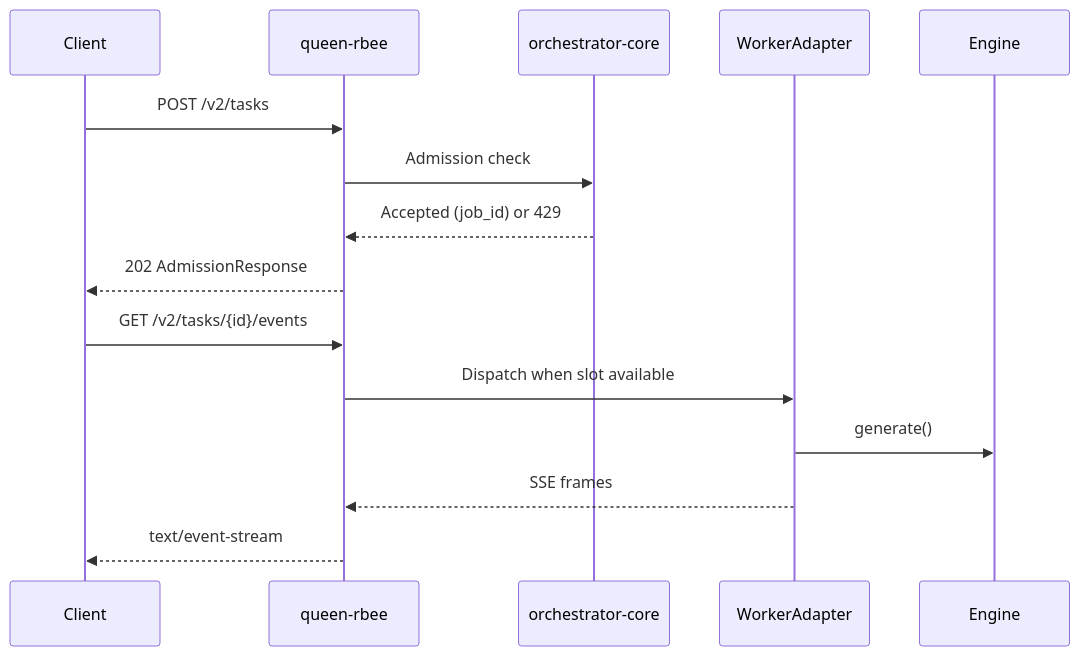
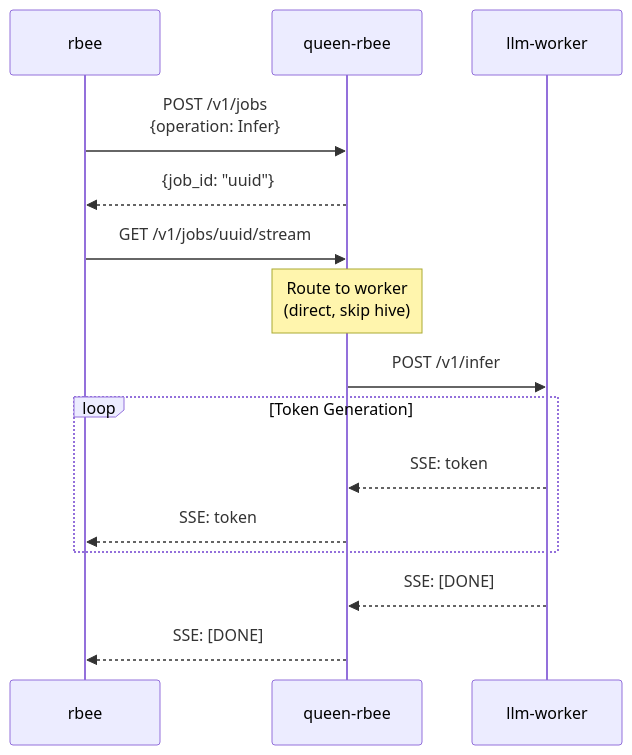
The fifth of 5 diagrams in README.md (veighnsche/llama-orch), drawn with Mermaid before and after one commit. The commit also changed other lines of this file and 4 other files, not shown here.

Commit message:
docs: add direct-to-worker architecture and UI designs for management dashboard

````diff
--- a/README.md
+++ b/README.md
@@ -762,12 +935,23 @@
 ```mermaid
 sequenceDiagram
-  Client->>queen-rbee: POST /v2/tasks
-  queen-rbee->>orchestrator-core: Admission check
-  orchestrator-core-->>queen-rbee: Accepted (job_id) or 429
-  queen-rbee-->>Client: 202 AdmissionResponse
-  Client->>queen-rbee: GET /v2/tasks/{id}/events
-  queen-rbee->>WorkerAdapter: Dispatch when slot available
-  WorkerAdapter->>Engine: generate()
-  WorkerAdapter-->>queen-rbee: SSE frames
-  queen-rbee-->>Client: text/event-stream
+    participant CLI as rbee
+    participant Queen as queen-rbee
+    participant Worker as llm-worker
+    
+    CLI->>Queen: POST /v1/jobs<br/>{operation: Infer}
+    Queen-->>CLI: {job_id: "uuid"}
+    
+    CLI->>Queen: GET /v1/jobs/uuid/stream
+    
+    Note over Queen: Route to worker<br/>(direct, skip hive)
+    
+    Queen->>Worker: POST /v1/infer
+    
+    loop Token Generation
+        Worker-->>Queen: SSE: token
+        Queen-->>CLI: SSE: token
+    end
+    
+    Worker-->>Queen: SSE: [DONE]
+    Queen-->>CLI: SSE: [DONE]
 ```
````
